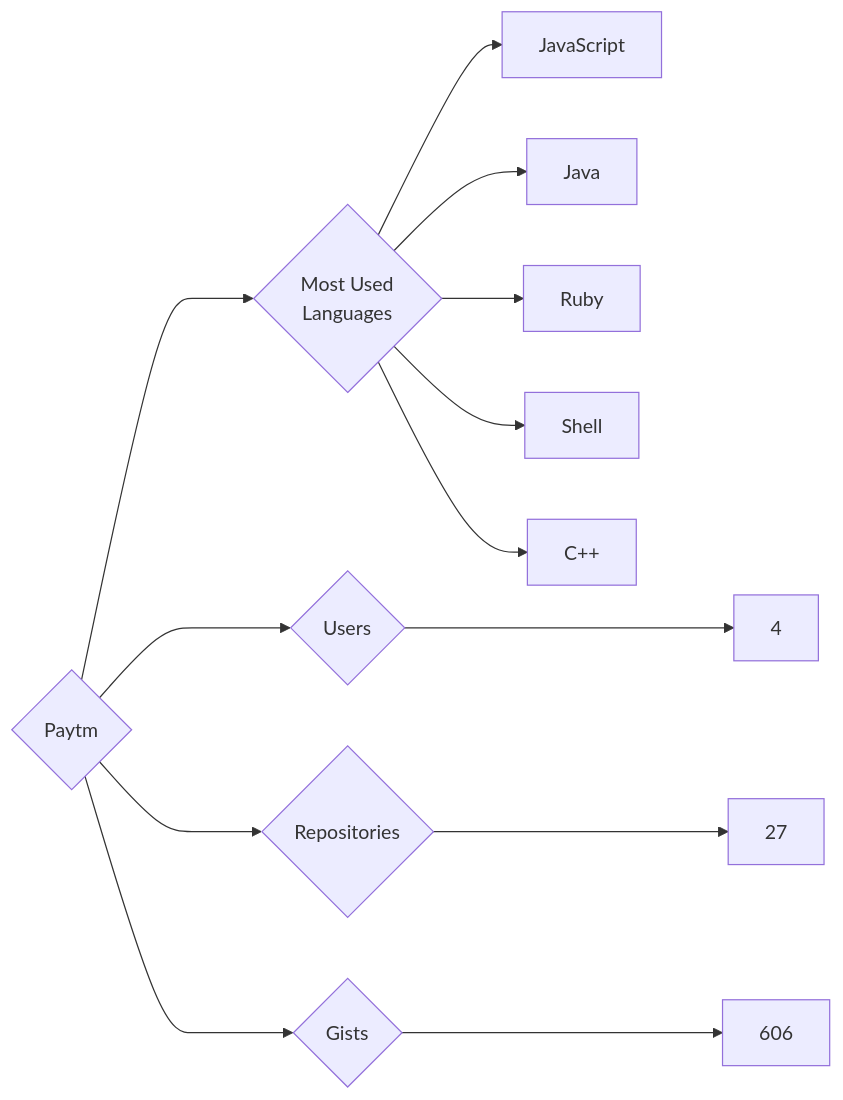
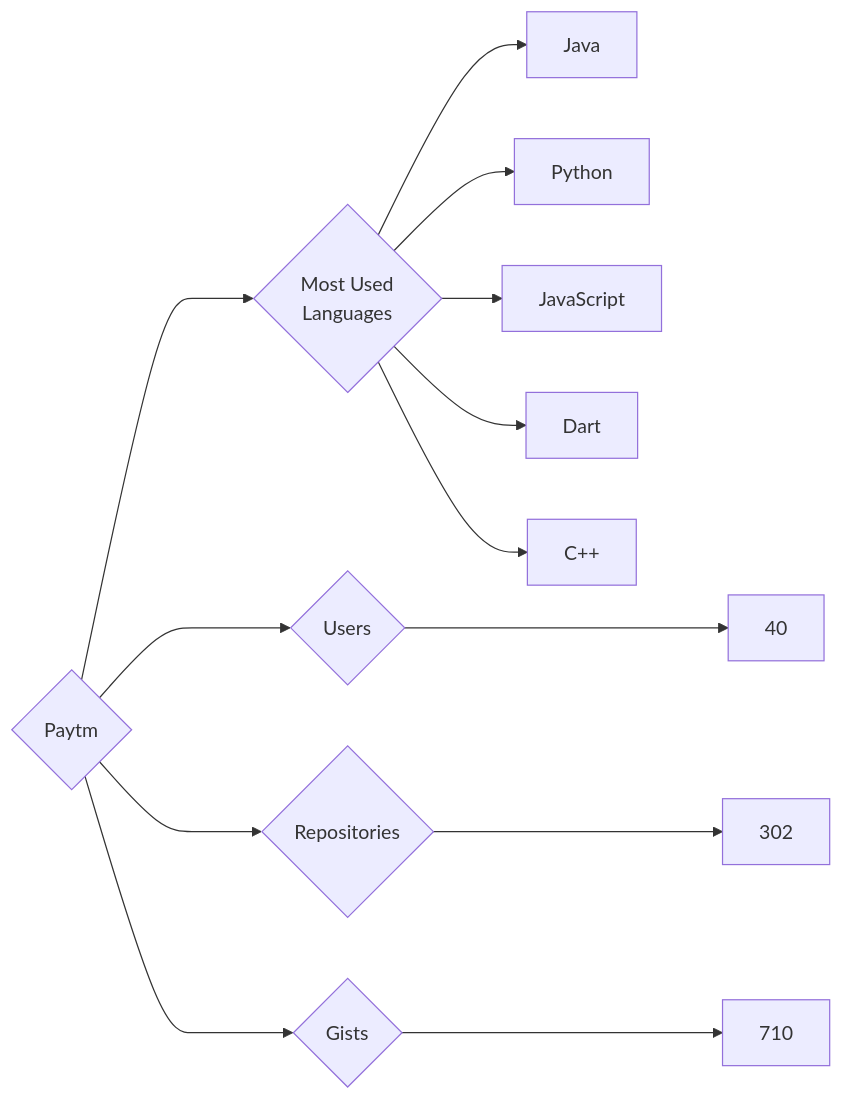
The diagram in targets/Paytm/README.md (trickest/insiders), drawn with Mermaid before and after one commit. The commit also changed 534 other files, not shown here.

````diff
--- a/targets/Paytm/README.md
+++ b/targets/Paytm/README.md
@@ -3,13 +3,13 @@
 ```mermaid
 graph LR
 COMPANY_NAME{Paytm}
-COMPANY_NAME ---> U{Users} ---> UN[4]
-COMPANY_NAME ---> R{Repositories} ---> RN[27]
-COMPANY_NAME ---> G{Gists} ---> GN[606]
+COMPANY_NAME ---> U{Users} ---> UN[40]
+COMPANY_NAME ---> R{Repositories} ---> RN[302]
+COMPANY_NAME ---> G{Gists} ---> GN[710]
 COMPANY_NAME ---> ML{Most Used<br>Languages}
+ML --> Java[Java]
+ML --> Python[Python]
 ML --> JavaScript[JavaScript]
-ML --> Java[Java]
-ML --> Ruby[Ruby]
-ML --> Shell[Shell]
+ML --> Dart[Dart]
 ML --> C++[C++]
 ```
````
